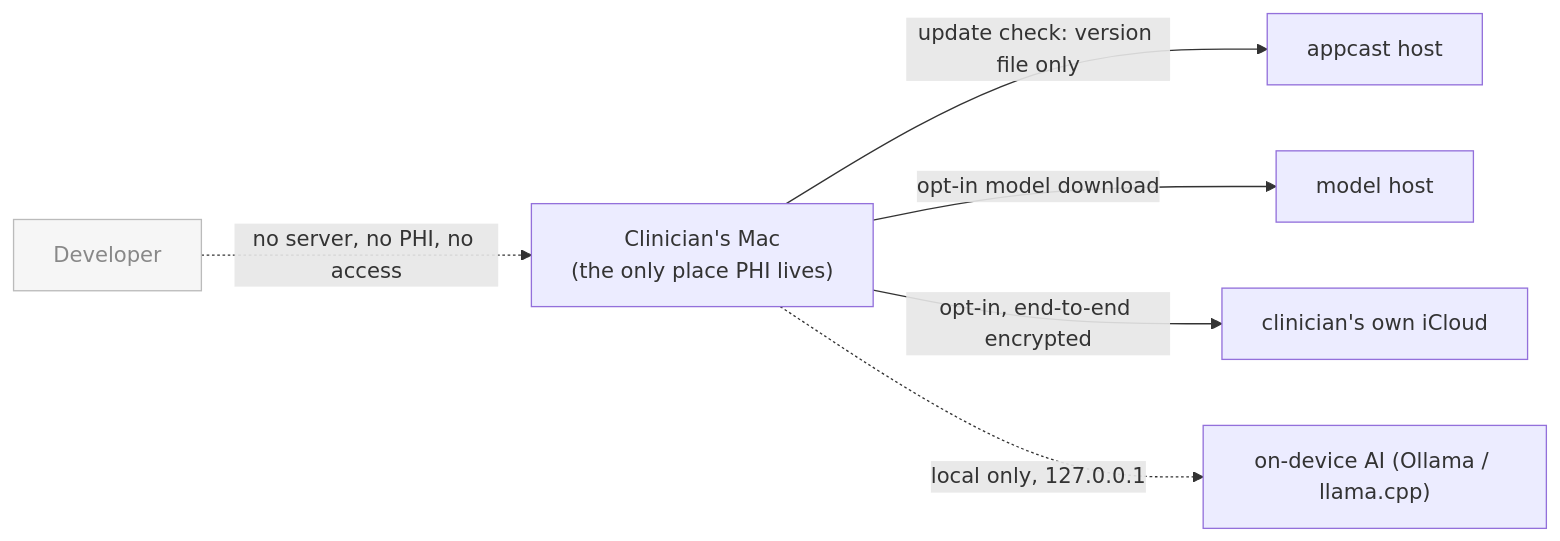
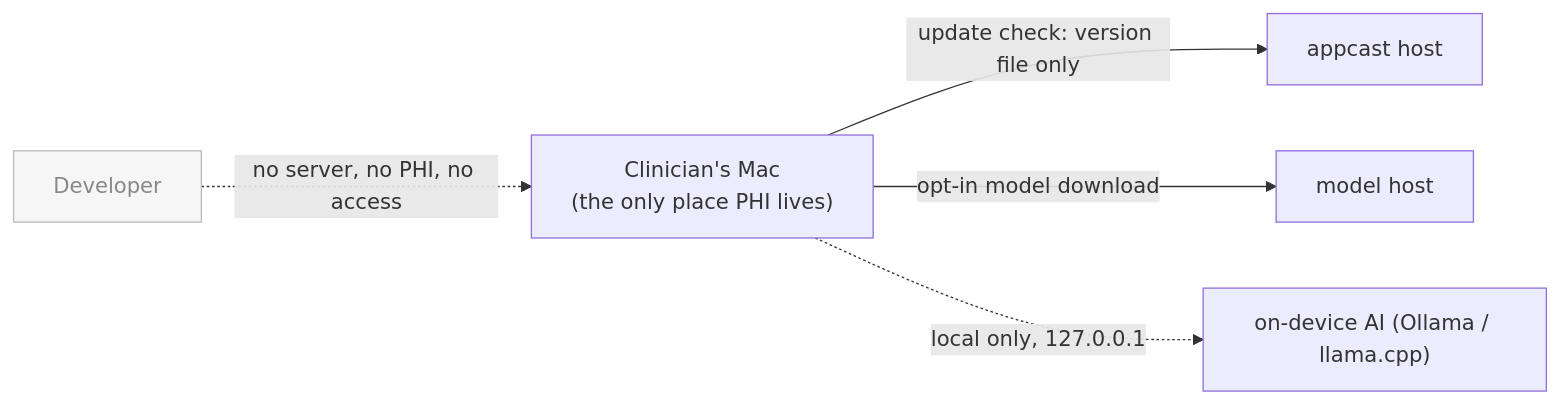
The diagram in docs/HIPAA-SAFEGUARDS.md (mgwedd/aletheia), drawn with Mermaid before and after one commit. The commit also changed other lines of this file and 19 other files, not shown here.

````diff
--- a/docs/HIPAA-SAFEGUARDS.md
+++ b/docs/HIPAA-SAFEGUARDS.md
@@ -19,11 +19,10 @@
 ```mermaid
 flowchart LR
     C["Clinician's Mac<br/>(the only place PHI lives)"]
     C -->|update check: version file only| U["appcast host"]
     C -->|opt-in model download| M["model host"]
-    C -->|opt-in, end-to-end encrypted| I["clinician's own iCloud"]
     C -.->|local only, 127.0.0.1| O["on-device AI (Ollama / llama.cpp)"]
     D["Developer"]:::none
     classDef none fill:#f6f6f6,stroke:#bbb,color:#888;
     D -. "no server, no PHI, no access" .-> C
 ```
````
